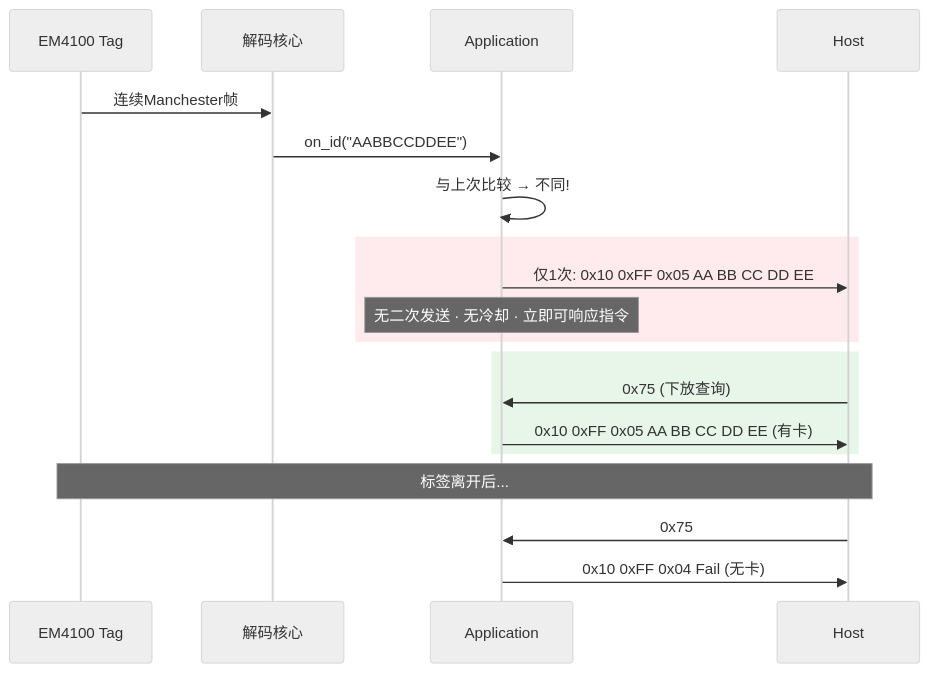
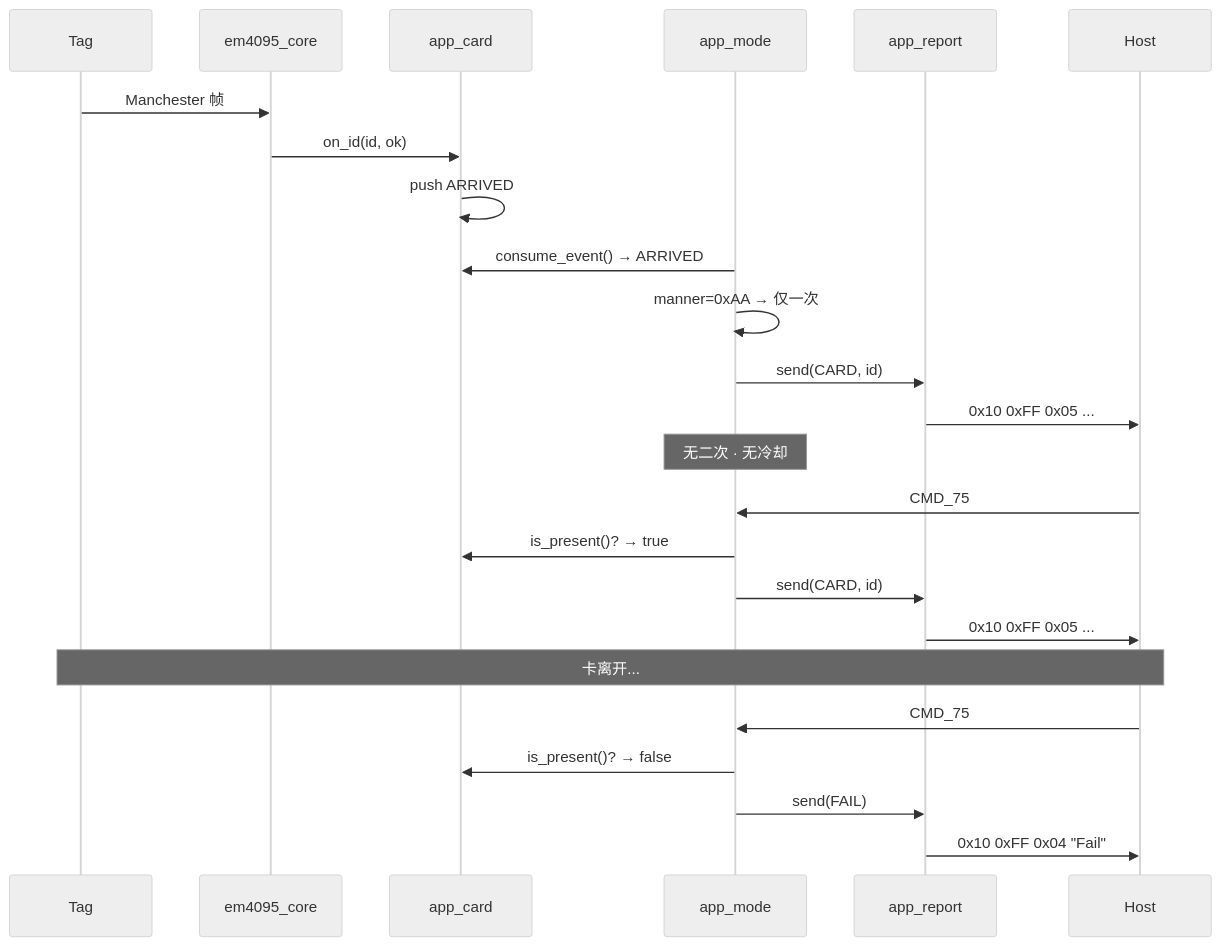
Diagram 13 of 13 in 工作/SR3读卡器/260802SR3读卡器架构.md (Siaiai/ObsidianNote), drawn with Mermaid (neutral theme) before and after one commit. The commit also changed other lines of this file and 1 other file, not shown here.

````diff
--- a/工作/SR3读卡器/260802SR3读卡器架构.md
+++ b/工作/SR3读卡器/260802SR3读卡器架构.md
@@ -369,25 +615,31 @@
 ```mermaid
 sequenceDiagram
-    participant TAG as EM4100 Tag
-    participant DEC as 解码核心
-    participant APP as Application
-    participant UART as Host
+    participant TAG as Tag
+    participant DEC as em4095_core
+    participant CARD as app_card
+    participant MODE as app_mode
+    participant RPT as app_report
+    participant HOST as Host
 
-    TAG->>DEC: 连续Manchester帧
-    DEC->>APP: on_id("AABBCCDDEE")
-    APP->>APP: 与上次比较 → 不同!
+    TAG->>DEC: Manchester 帧
+    DEC->>CARD: on_id(id, ok)
+    CARD->>CARD: push ARRIVED
 
-    rect rgb(255, 235, 238)
-        APP->>UART: 仅1次: 0x10 0xFF 0x05 AA BB CC DD EE
-        Note over APP: 无二次发送 · 无冷却 · 立即可响应指令
-    end
+    MODE->>CARD: consume_event() → ARRIVED
+    MODE->>MODE: manner=0xAA → 仅一次
+    MODE->>RPT: send(CARD, id)
+    RPT->>HOST: 0x10 0xFF 0x05 ...
 
-    rect rgb(232, 245, 233)
-        UART->>APP: 0x75 (下放查询)
-        APP->>UART: 0x10 0xFF 0x05 AA BB CC DD EE (有卡)
-    end
+    Note over MODE: 无二次 · 无冷却
 
-    Note over TAG,UART: 标签离开后...
-    UART->>APP: 0x75
-    APP->>UART: 0x10 0xFF 0x04 Fail (无卡)
+    HOST->>MODE: CMD_75
+    MODE->>CARD: is_present()? → true
+    MODE->>RPT: send(CARD, id)
+    RPT->>HOST: 0x10 0xFF 0x05 ...
+
+    Note over TAG,HOST: 卡离开...
+    HOST->>MODE: CMD_75
+    MODE->>CARD: is_present()? → false
+    MODE->>RPT: send(FAIL)
+    RPT->>HOST: 0x10 0xFF 0x04 "Fail"
 ```
````
